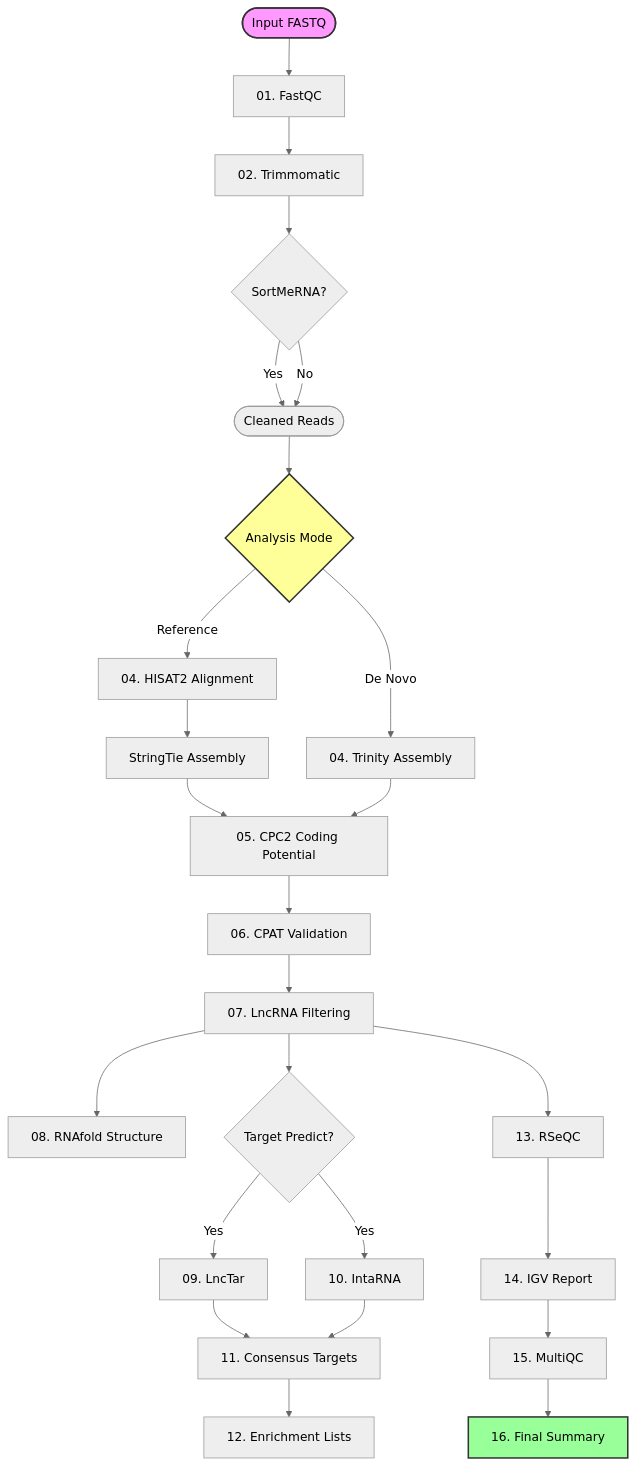
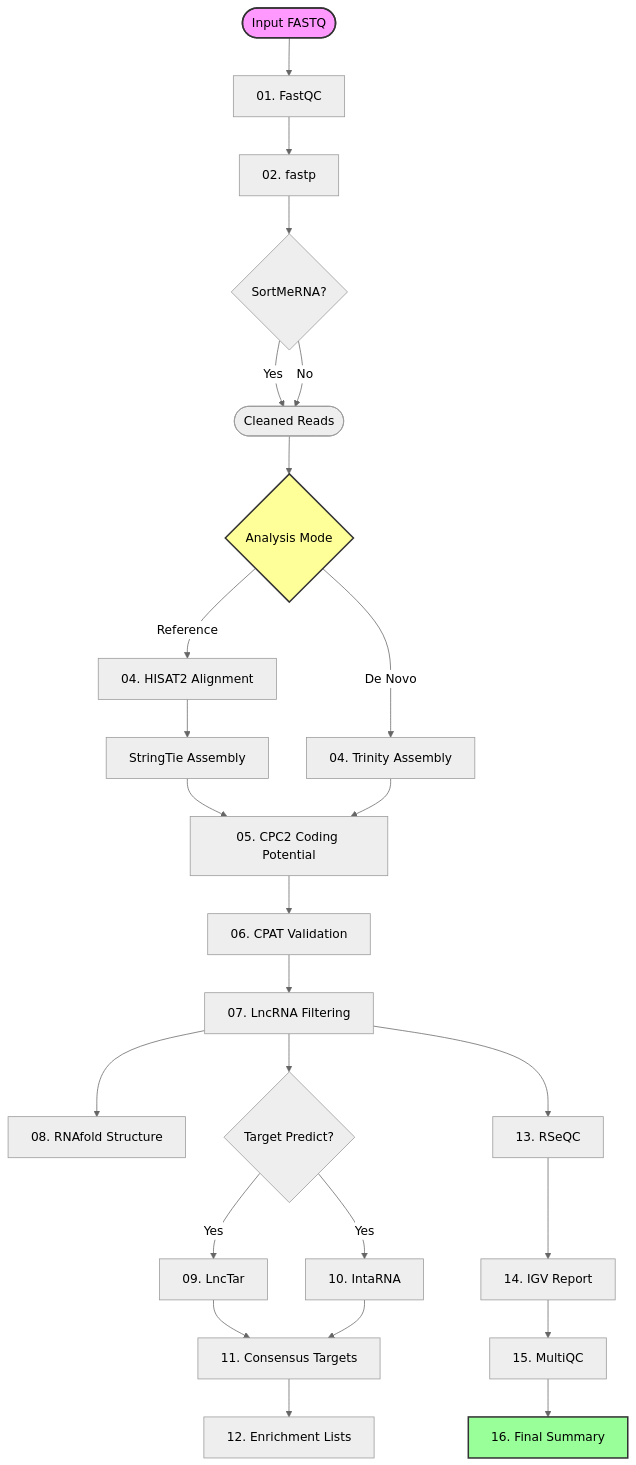
The diagram in README.md (BioinformaticsOnLine/regis), drawn with Mermaid (neutral theme) before and after one commit. The commit also changed other lines of this file and 12 other files, not shown here.

Commit message:
chore: bump version to 1.1.4 and replace Trimmomatic with fastp for quality trimming and adapter removal

````diff
--- a/README.md
+++ b/README.md
@@ -38,50 +38,50 @@
 ```mermaid
 graph TD
     %% Nodes
     Input([Input FASTQ]) --> QC[01. FastQC]
-    QC --> Trim[02. Trimmomatic]
+    QC --> Trim[02. fastp]
     Trim --> Sort{SortMeRNA?}
     
     Sort -- Yes --> Clean([Cleaned Reads])
     Sort -- No --> Clean
     
     Clean --> Mode{Analysis Mode}
     
     %% Reference Based Branch
     Mode -- Reference --> Align[04. HISAT2 Alignment]
     Align --> Assemble1[StringTie Assembly]
     
     %% De Novo Branch
     Mode -- De Novo --> Assemble2[04. Trinity Assembly]
     
     %% Convergence
     Assemble1 --> Coding[05. CPC2 Coding Potential]
     Assemble2 --> Coding
     
     Coding --> CPAT[06. CPAT Validation]
     CPAT --> Filter[07. LncRNA Filtering]
     
     %% Functional Analysis
     Filter --> Struct[08. RNAfold Structure]
     Filter --> Targets{Target Predict?}
     
     Targets -- Yes --> LncTar[09. LncTar]
     Targets -- Yes --> IntRNA[10. IntaRNA]
     
     LncTar --> Consensus[11. Consensus Targets]
     IntRNA --> Consensus
     
     %% Downstream
     Consensus --> Enrich[12. Enrichment Lists]
     Filter --> RSeQC[13. RSeQC]
     
     %% Reporting
     RSeQC --> IGV[14. IGV Report]
     IGV --> MQC[15. MultiQC]
     MQC --> Final[16. Final Summary]
 
     %% Styling
     style Input fill:#f9f,stroke:#333,stroke-width:2px
     style Final fill:#9f9,stroke:#333,stroke-width:2px
     style Mode fill:#ff9,stroke:#333,stroke-width:2px
 ```
````
